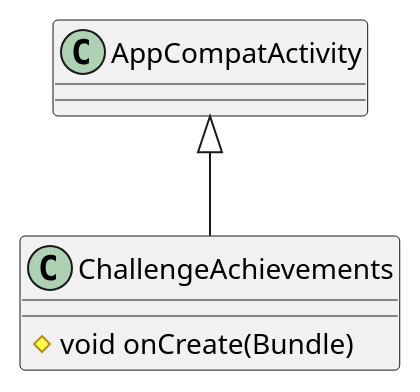
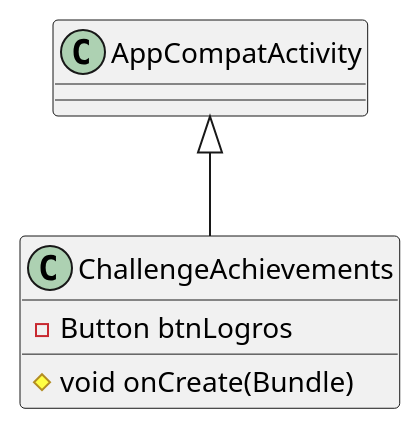
The diagram in UML/ui/ChallengeAchievements.puml (hyancy/eco_recicla_grupo_7), drawn with PlantUML before and after one commit. The commit also changed 2 other files, not shown here.

Commit message:
se agrega directorio para los UML con formato PlantUML

```diff
--- a/UML/ui/ChallengeAchievements.puml
+++ b/UML/ui/ChallengeAchievements.puml
@@ -1,8 +1,9 @@
 @startuml
 class ChallengeAchievements {
+- Button btnLogros
 # void onCreate(Bundle)
 }
 
 
 AppCompatActivity <|-- ChallengeAchievements
 @enduml
```
